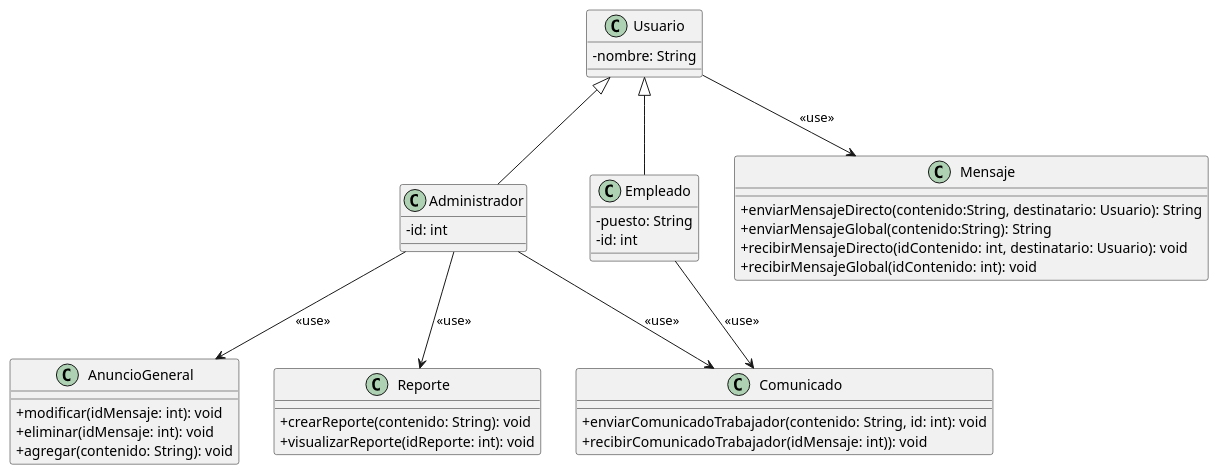
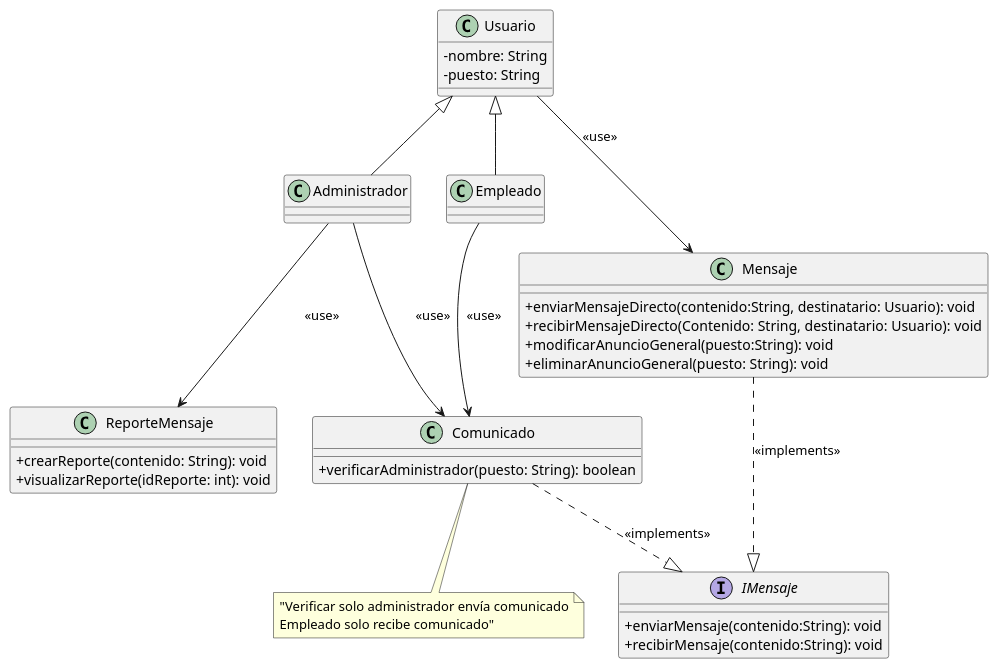
One commit to richardriverag/ProyectoDiseno24B changed the diagram in Diagramas/Diagramas de Clases/GrupoF_Comunicacion/Diagrama_Clases.puml. Above: the diagram before and after it, drawn with PlantUML.

Commit message:
Update Diagrama_Clases.puml
Deleting AnuncioGeneral, updating features from Mensajes, employee classes and Comunicado and adding an interface for general messages

```diff
--- a/Diagramas/Diagramas de Clases/GrupoF_Comunicacion/Diagrama_Clases.puml
+++ b/Diagramas/Diagramas de Clases/GrupoF_Comunicacion/Diagrama_Clases.puml
@@ -1,49 +1,50 @@
 @startuml
 ' Encapsulación
 skinparam classAttributeIconSize 0
 
 class Usuario {
     - nombre: String
+    - puesto: String
 }
 
 class Administrador {
-    - id: int
 }
 
 class Empleado {
-    - puesto: String
-    - id: int
+
 }
 
-'Almacenar mensajes como Map
-class AnuncioGeneral {
-    + modificar(idMensaje: int): void
-    + eliminar(idMensaje: int): void
-    + agregar(contenido: String): void
-}
-
-class Reporte {
+class ReporteMensaje {
     + crearReporte(contenido: String): void
     + visualizarReporte(idReporte: int): void
 }
 
+
 class Comunicado {
-    + enviarComunicadoTrabajador(contenido: String, id: int): void
-    + recibirComunicadoTrabajador(idMensaje: int)): void
+    + verificarAdministrador(puesto: String): boolean
 }
 
 class Mensaje{
-    + enviarMensajeDirecto(contenido:String, destinatario: Usuario): String
-    + enviarMensajeGlobal(contenido:String): String
-    + recibirMensajeDirecto(idContenido: int, destinatario: Usuario): void
-    + recibirMensajeGlobal(idContenido: int): void
+    + enviarMensajeDirecto(contenido:String, destinatario: Usuario): void
+    + recibirMensajeDirecto(Contenido: String, destinatario: Usuario): void
+    + modificarAnuncioGeneral(puesto:String): void
+    + eliminarAnuncioGeneral(puesto: String): void
 }
+
+interface IMensaje{
+    +enviarMensaje(contenido:String): void
+    +recibirMensaje(contenido:String): void
+}
+
 
 Usuario <|-- Empleado
 Usuario <|-- Administrador
 Administrador --> Comunicado: "<<use>>"
 Empleado --> Comunicado: "<<use>>"
 Usuario --> Mensaje: "<<use>>"
-Administrador --> AnuncioGeneral: "<<use>>"
-Administrador --> Reporte: "<<use>>"
+Administrador --> ReporteMensaje: "<<use>>"
+Mensaje ..|> IMensaje: "<<implements>>"
+Comunicado ..|> IMensaje: "<<implements>>"
+
+note bottom of Comunicado: "Verificar solo administrador envía comunicado\nEmpleado solo recibe comunicado"
 @enduml
```
